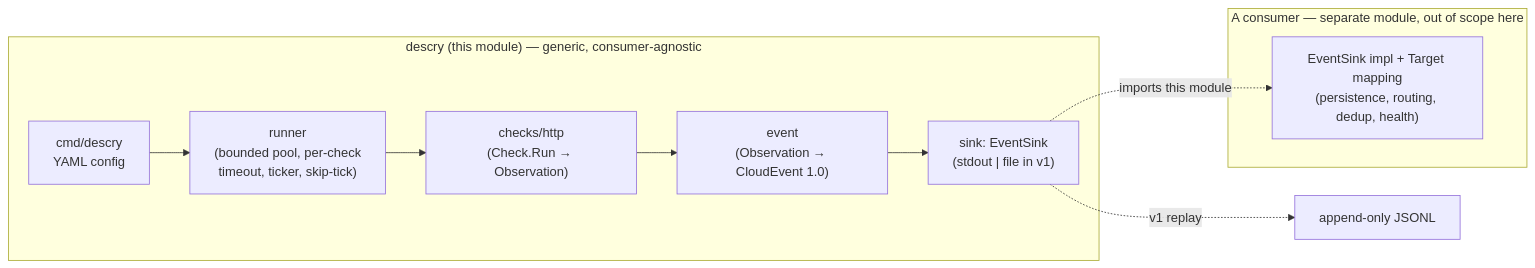
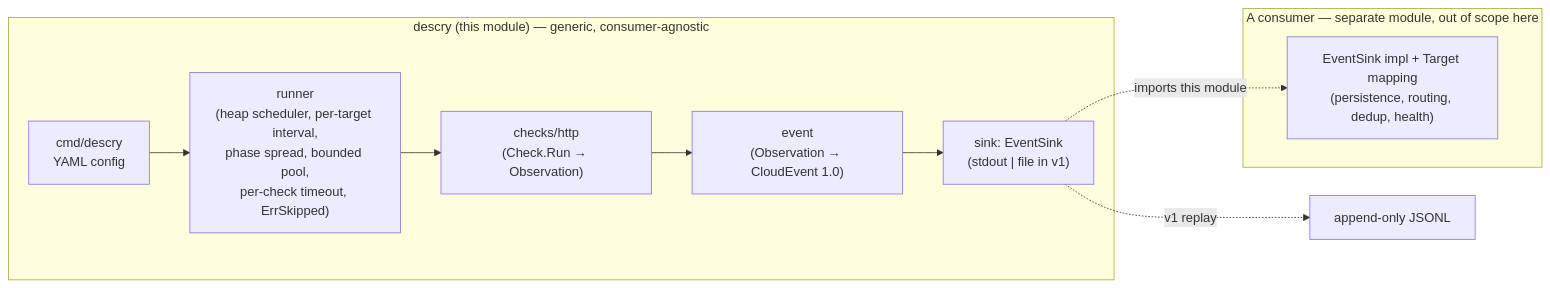
The diagram in docs/ARCHITECTURE.md (fairbearlab/descry), drawn with Mermaid before and after one commit. The commit also changed other lines of this file and 3 other files, not shown here.

````diff
--- a/docs/ARCHITECTURE.md
+++ b/docs/ARCHITECTURE.md
@@ -20,14 +20,14 @@
 ```mermaid
 flowchart LR
   subgraph engine["descry (this module) — generic, consumer-agnostic"]
-    CFG["cmd/descry<br/>YAML config"] --> RUN["runner<br/>(bounded pool, per-check<br/>timeout, ticker, skip-tick)"]
+    CFG["cmd/descry<br/>YAML config"] --> RUN["runner<br/>(heap scheduler, per-target interval,<br/>phase spread, bounded pool,<br/>per-check timeout, ErrSkipped)"]
     RUN --> CHK["checks/http<br/>(Check.Run → Observation)"]
     CHK --> EVT["event<br/>(Observation → CloudEvent 1.0)"]
     EVT --> SINK["sink: EventSink<br/>(stdout | file in v1)"]
   end
   subgraph consumer["A consumer — separate module, out of scope here"]
     ADP["EventSink impl + Target mapping<br/>(persistence, routing, dedup, health)"]
   end
   SINK -. v1 replay .-> FILE["append-only JSONL"]
   SINK -.->|imports this module| ADP
 ```
````
